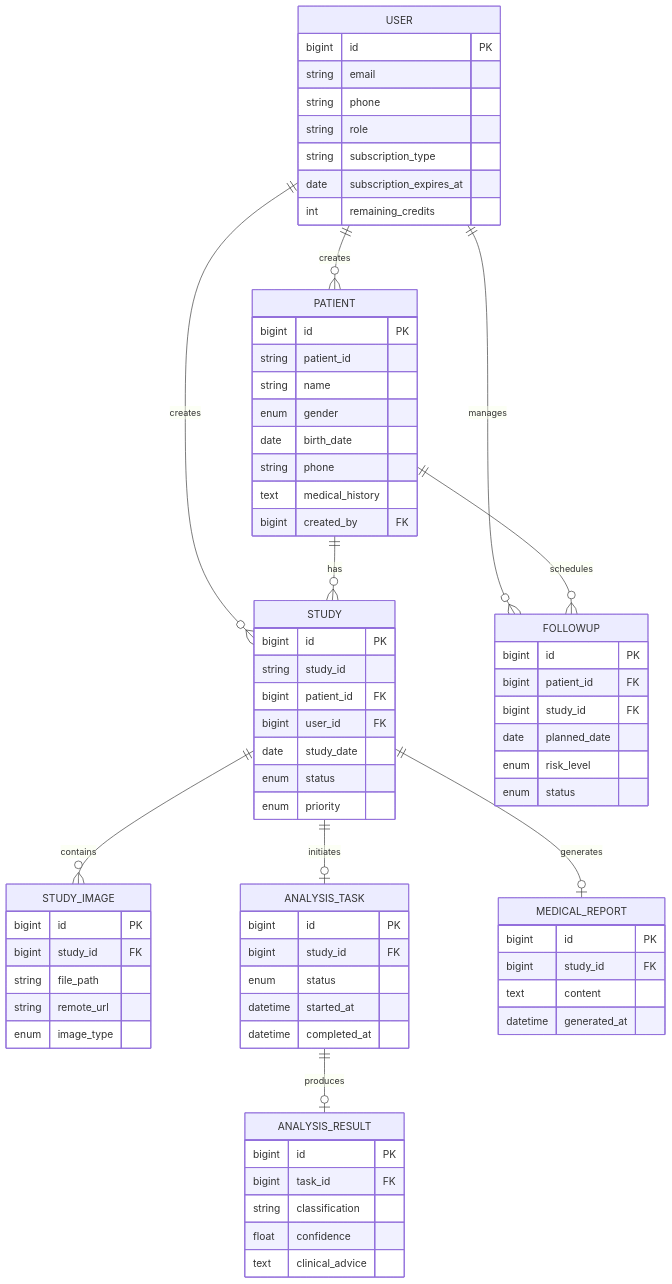
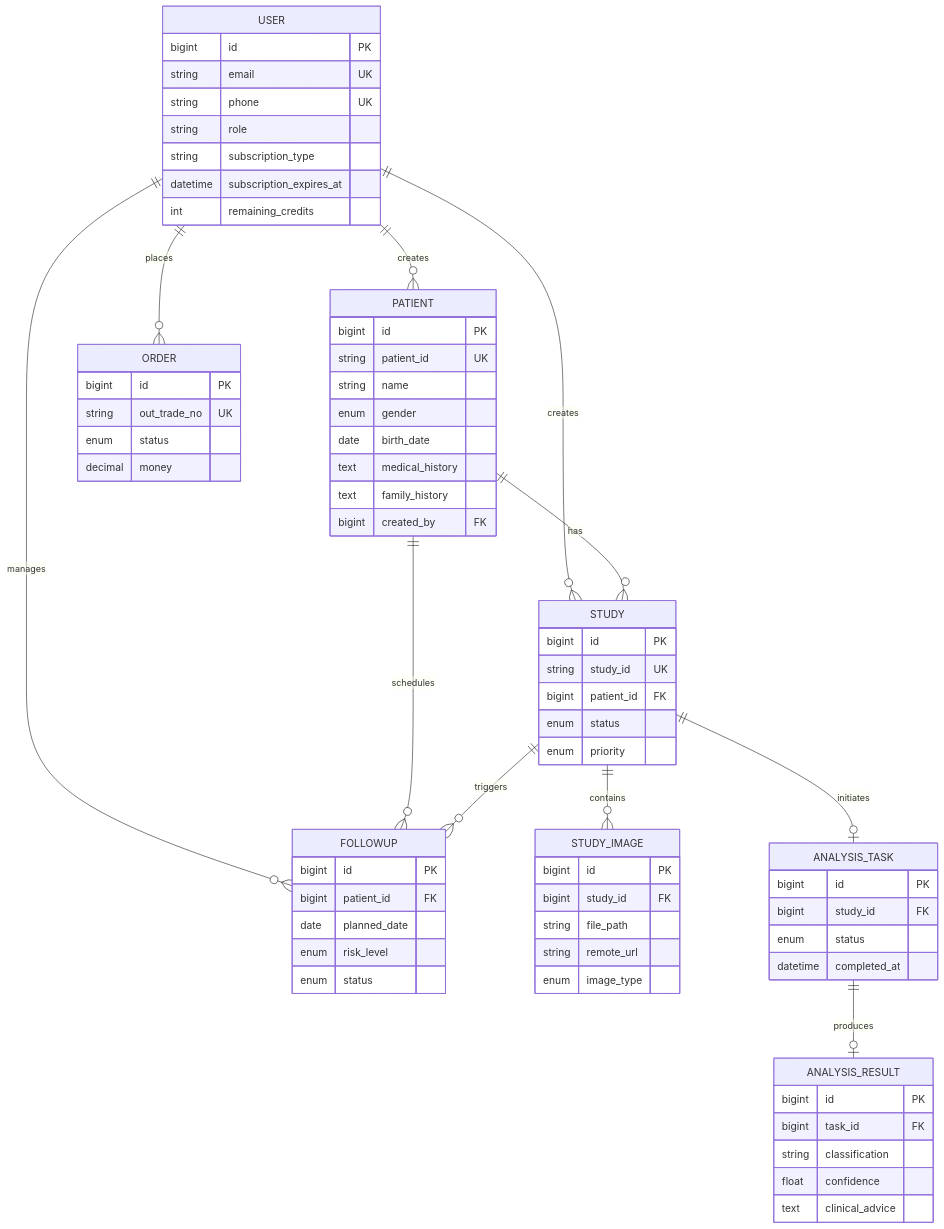
Before and after one commit to xingranya/CervixDetectAI: the third of 14 diagrams in 项目技术报告.md, drawn with Mermaid. The commit also changed other lines of this file and 4 other files, not shown here.

````diff
--- a/项目技术报告.md
+++ b/项目技术报告.md
@@ -211,75 +172,79 @@
 ```mermaid
 erDiagram
     USER ||--o{ PATIENT : "creates"
     USER ||--o{ STUDY : "creates"
     USER ||--o{ FOLLOWUP : "manages"
+    USER ||--o{ ORDER : "places"
     USER {
         bigint id PK
-        string email
-        string phone
+        string email UK
+        string phone UK
         string role
         string subscription_type
-        date subscription_expires_at
+        datetime subscription_expires_at
         int remaining_credits
     }
+
     PATIENT ||--o{ STUDY : "has"
     PATIENT ||--o{ FOLLOWUP : "schedules"
     PATIENT {
         bigint id PK
-        string patient_id
+        string patient_id UK
         string name
         enum gender
         date birth_date
-        string phone
         text medical_history
+        text family_history
         bigint created_by FK
     }
+
     STUDY ||--o{ STUDY_IMAGE : "contains"
     STUDY ||--o| ANALYSIS_TASK : "initiates"
-    STUDY ||--o| MEDICAL_REPORT : "generates"
+    STUDY ||--o{ FOLLOWUP : "triggers"
     STUDY {
         bigint id PK
-        string study_id
+        string study_id UK
         bigint patient_id FK
-        bigint user_id FK
-        date study_date
         enum status
         enum priority
     }
+
     STUDY_IMAGE {
         bigint id PK
         bigint study_id FK
         string file_path
         string remote_url
         enum image_type
     }
+
     ANALYSIS_TASK ||--o| ANALYSIS_RESULT : "produces"
     ANALYSIS_TASK {
         bigint id PK
         bigint study_id FK
         enum status
-        datetime started_at
         datetime completed_at
     }
+
     ANALYSIS_RESULT {
         bigint id PK
         bigint task_id FK
         string classification
         float confidence
         text clinical_advice
     }
-    MEDICAL_REPORT {
-        bigint id PK
-        bigint study_id FK
-        text content
-        datetime generated_at
-    }
+
     FOLLOWUP {
         bigint id PK
         bigint patient_id FK
-        bigint study_id FK
         date planned_date
         enum risk_level
         enum status
     }
+
+    ORDER {
+        bigint id PK
+        string out_trade_no UK
+        enum status
+        decimal money
+    }
 ```
````
